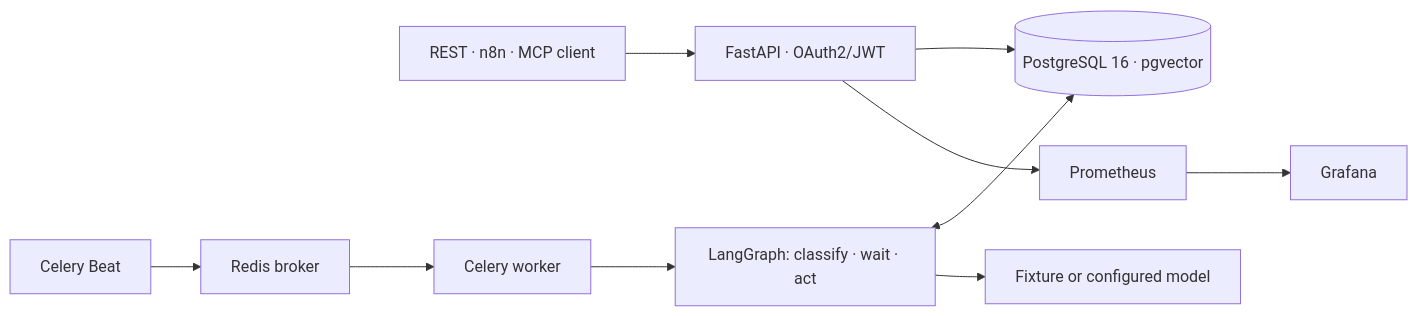
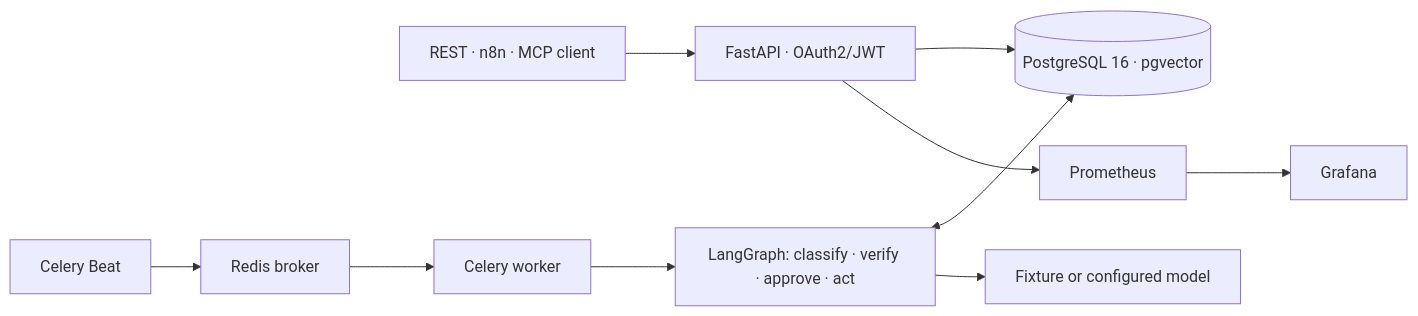
The diagram in README.md (Galactic717/verstak-agent), drawn with Mermaid before and after one commit. The commit also changed other lines of this file and 4 other files, not shown here.

````diff
--- a/README.md
+++ b/README.md
@@ -67,11 +75,11 @@
 ```mermaid
 flowchart LR
     Client["REST · n8n · MCP client"] --> API["FastAPI · OAuth2/JWT"]
     API --> PG[("PostgreSQL 16 · pgvector")]
     Beat["Celery Beat"] --> Redis["Redis broker"]
     Redis --> Worker["Celery worker"]
-    Worker --> Graph["LangGraph: classify · wait · act"]
+    Worker --> Graph["LangGraph: classify · verify · approve · act"]
     Graph <--> PG
     Graph --> Model["Fixture or configured model"]
     API --> Prometheus --> Grafana
 ```
````
